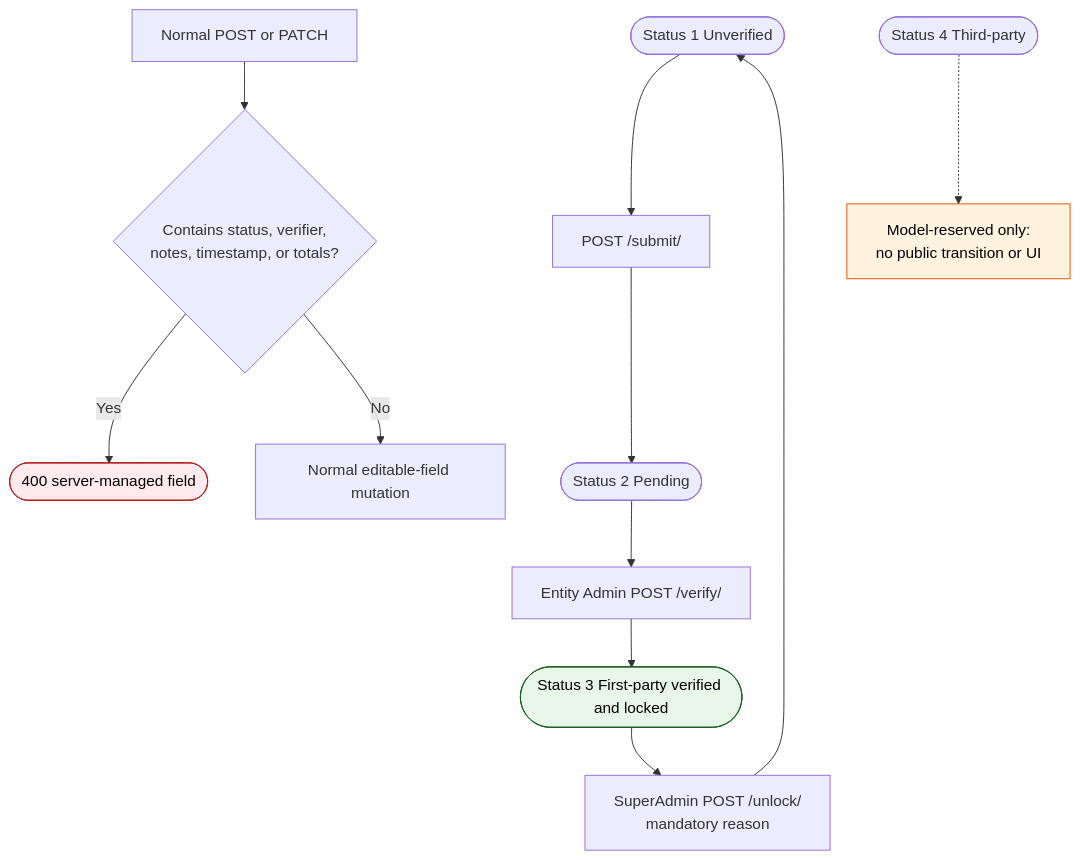
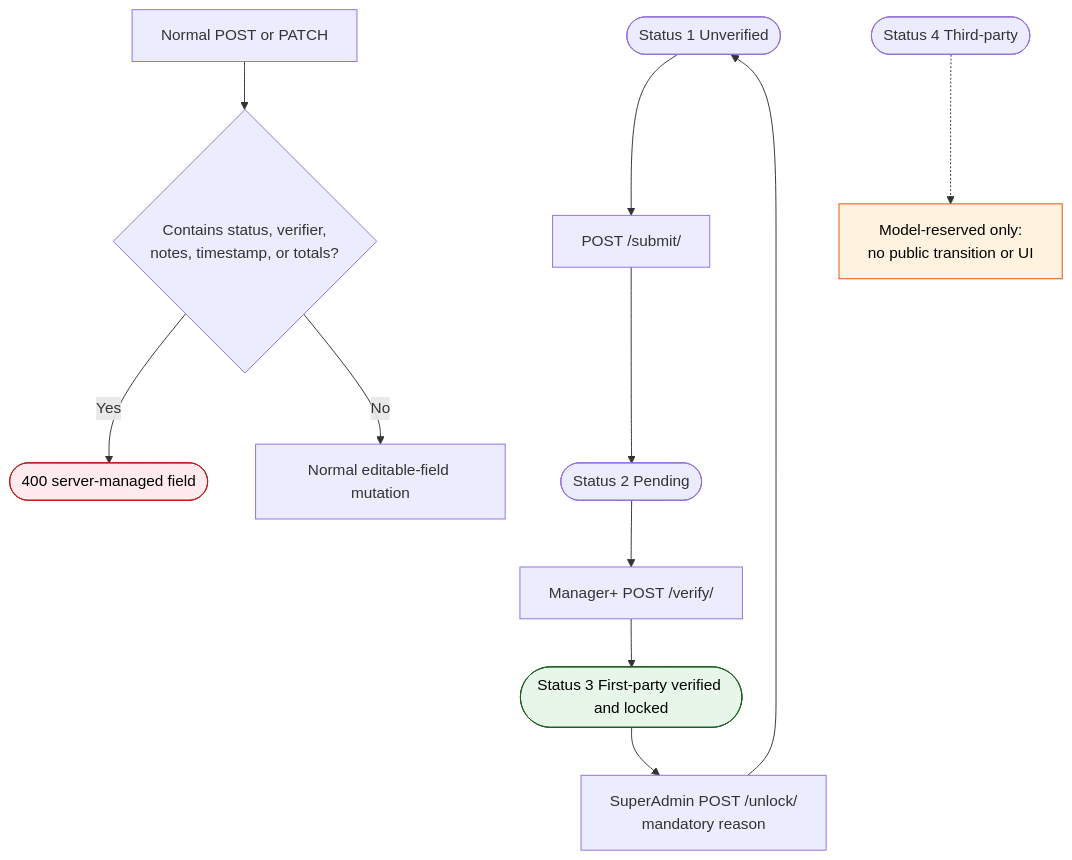
One commit to Software-Lifecycle-Consultants/SusDevOS-Pro changed the third of 5 diagrams in docs/diagrams/bpmn/03-inventory-verification.md. Above: the diagram before and after it, drawn with Mermaid. The commit also changed other lines of this file and 4 other files, not shown here.

First line of the commit message:
fix(emissions): let a manager verify an inventory, not only an Entity Admin

````diff
--- a/docs/diagrams/bpmn/03-inventory-verification.md
+++ b/docs/diagrams/bpmn/03-inventory-verification.md
@@ -121,19 +121,19 @@
 ```mermaid
 flowchart TB
     A[Normal POST or PATCH] --> B{"Contains status, verifier,<br/>notes, timestamp, or totals?"}
     B -->|"Yes"| C([400 server-managed field])
     B -->|"No"| D[Normal editable-field mutation]
 
     E([Status 1 Unverified]) --> F[POST /submit/]
     F --> G([Status 2 Pending])
-    G --> H[Entity Admin POST /verify/]
+    G --> H[Manager+ POST /verify/]
     H --> I([Status 3 First-party verified and locked])
     I --> J[SuperAdmin POST /unlock/<br/>mandatory reason]
     J --> E
 
     K([Status 4 Third-party]) -.-> L[Model-reserved only:<br/>no public transition or UI]
 
     style C fill:#ffebee,stroke:#b71c1c,color:#000
     style I fill:#e8f5e9,stroke:#1b5e20,color:#000
     style L fill:#fff3e0,stroke:#e65100,color:#000
 ```
````
